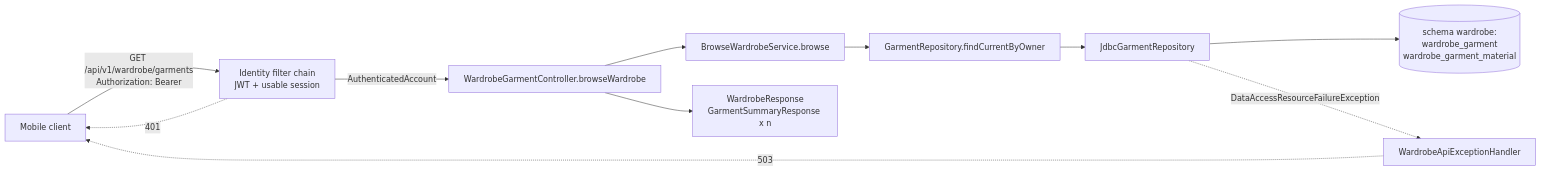
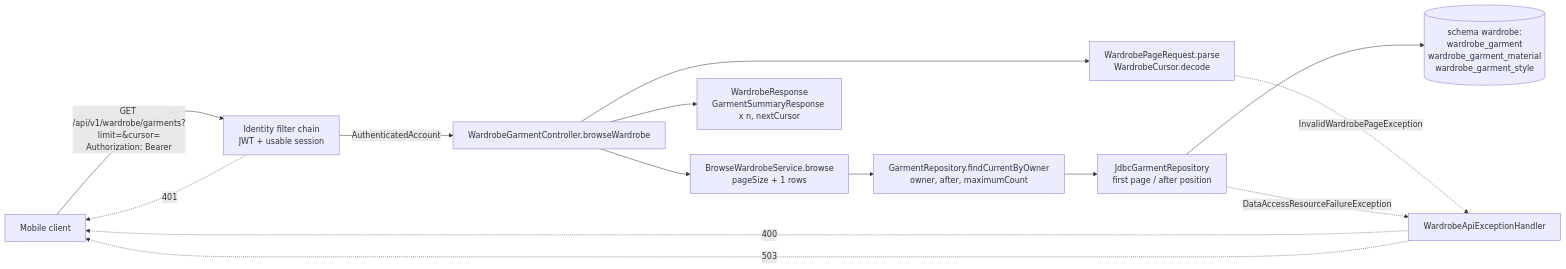
One commit to luubinhdeptrai/CapsuleAI changed the first of 2 diagrams in docs/06-scrum/sprints/sprint-02/implementation-guides/US-WAR-001-guide.md. Above: the diagram before and after it, drawn with Mermaid. The commit also changed other lines of this file and 21 other files, not shown here.

````diff
--- a/docs/06-scrum/sprints/sprint-02/implementation-guides/US-WAR-001-guide.md
+++ b/docs/06-scrum/sprints/sprint-02/implementation-guides/US-WAR-001-guide.md
@@ -877,12 +900,15 @@
 ```mermaid
 flowchart LR
-    client[Mobile client] -->|"GET /api/v1/wardrobe/garments<br/>Authorization: Bearer"| chain[Identity filter chain<br/>JWT + usable session]
+    client[Mobile client] -->|"GET /api/v1/wardrobe/garments?limit=&cursor=<br/>Authorization: Bearer"| chain[Identity filter chain<br/>JWT + usable session]
     chain -->|AuthenticatedAccount| ctrl[WardrobeGarmentController.browseWardrobe]
-    ctrl --> svc[BrowseWardrobeService.browse]
-    svc --> port[GarmentRepository.findCurrentByOwner]
-    port --> jdbc[JdbcGarmentRepository]
-    jdbc --> db[(schema wardrobe:<br/>wardrobe_garment<br/>wardrobe_garment_material)]
-    ctrl --> resp[WardrobeResponse<br/>GarmentSummaryResponse x n]
+    ctrl --> req[WardrobePageRequest.parse<br/>WardrobeCursor.decode]
+    req -.->|InvalidWardrobePageException| handler[WardrobeApiExceptionHandler]
+    ctrl --> svc[BrowseWardrobeService.browse<br/>pageSize + 1 rows]
+    svc --> port[GarmentRepository.findCurrentByOwner<br/>owner, after, maximumCount]
+    port --> jdbc[JdbcGarmentRepository<br/>first page / after position]
+    jdbc --> db[(schema wardrobe:<br/>wardrobe_garment<br/>wardrobe_garment_material<br/>wardrobe_garment_style)]
+    ctrl --> resp[WardrobeResponse<br/>GarmentSummaryResponse x n, nextCursor]
     chain -.->|401| client
-    jdbc -.->|DataAccessResourceFailureException| handler[WardrobeApiExceptionHandler] -.->|503| client
+    handler -.->|400| client
+    jdbc -.->|DataAccessResourceFailureException| handler -.->|503| client
 ```
````
